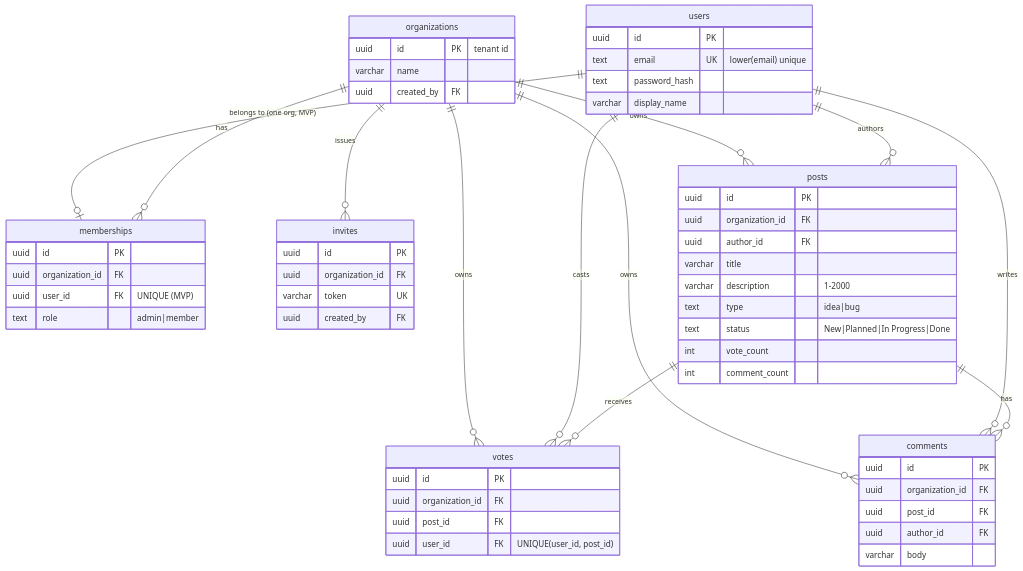
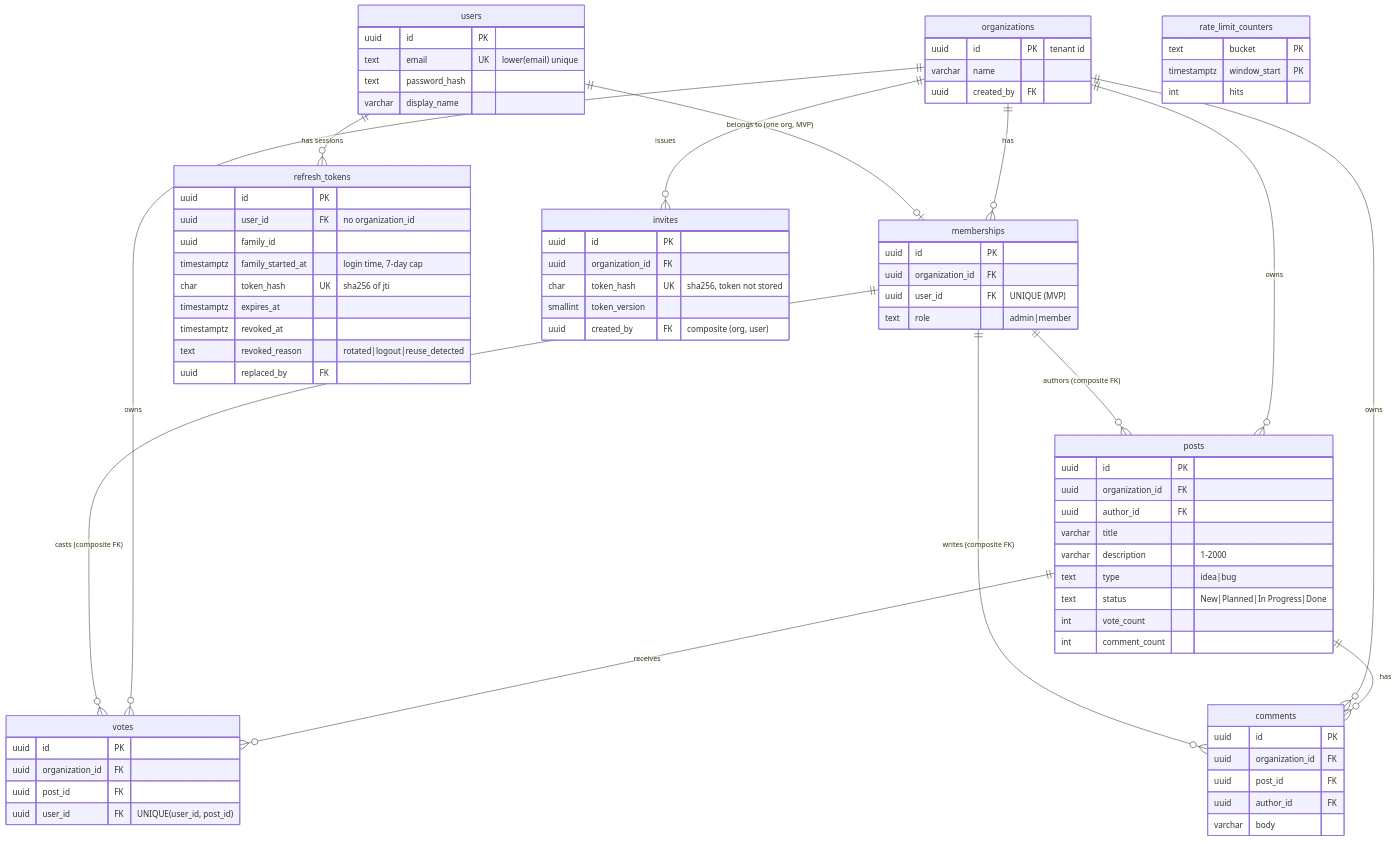
Before and after one commit to Gopi-Git001/feedback_borard: the diagram in docs/project/architecture/data-model.md, drawn with Mermaid. The commit also changed other lines of this file, not shown here.

Commit message:
TASK-001: Data model: refresh_tokens, rate_limit_counters, hashed invite token, composite membership FKs

````diff
--- a/docs/project/architecture/data-model.md
+++ b/docs/project/architecture/data-model.md
@@ -113,61 +144,79 @@
 ```mermaid
 erDiagram
     users ||--o| memberships : "belongs to (one org, MVP)"
+    users ||--o{ refresh_tokens : "has sessions"
+    memberships ||--o{ posts : "authors (composite FK)"
+    memberships ||--o{ comments : "writes (composite FK)"
+    memberships ||--o{ votes : "casts (composite FK)"
     organizations ||--o{ memberships : has
     organizations ||--o{ invites : issues
     organizations ||--o{ posts : owns
     organizations ||--o{ votes : owns
     organizations ||--o{ comments : owns
-    users ||--o{ posts : authors
-    users ||--o{ comments : writes
-    users ||--o{ votes : casts
     posts ||--o{ votes : receives
     posts ||--o{ comments : has
     users {
         uuid id PK
         text email UK "lower(email) unique"
         text password_hash
         varchar display_name
     }
     organizations {
         uuid id PK "tenant id"
         varchar name
         uuid created_by FK
     }
     memberships {
         uuid id PK
         uuid organization_id FK
         uuid user_id FK "UNIQUE (MVP)"
         text role "admin|member"
     }
     invites {
         uuid id PK
         uuid organization_id FK
-        varchar token UK
-        uuid created_by FK
+        char token_hash UK "sha256, token not stored"
+        smallint token_version
+        uuid created_by FK "composite (org, user)"
+    }
+    refresh_tokens {
+        uuid id PK
+        uuid user_id FK "no organization_id"
+        uuid family_id
+        timestamptz family_started_at "login time, 7-day cap"
+        char token_hash UK "sha256 of jti"
+        timestamptz expires_at
+        timestamptz revoked_at
+        text revoked_reason "rotated|logout|reuse_detected"
+        uuid replaced_by FK
+    }
+    rate_limit_counters {
+        text bucket PK
+        timestamptz window_start PK
+        int hits
     }
     posts {
         uuid id PK
         uuid organization_id FK
         uuid author_id FK
         varchar title
         varchar description "1-2000"
         text type "idea|bug"
         text status "New|Planned|In Progress|Done"
         int vote_count
         int comment_count
     }
     votes {
         uuid id PK
         uuid organization_id FK
         uuid post_id FK
         uuid user_id FK "UNIQUE(user_id, post_id)"
     }
     comments {
         uuid id PK
         uuid organization_id FK
         uuid post_id FK
         uuid author_id FK
         varchar body
     }
 ```
````
